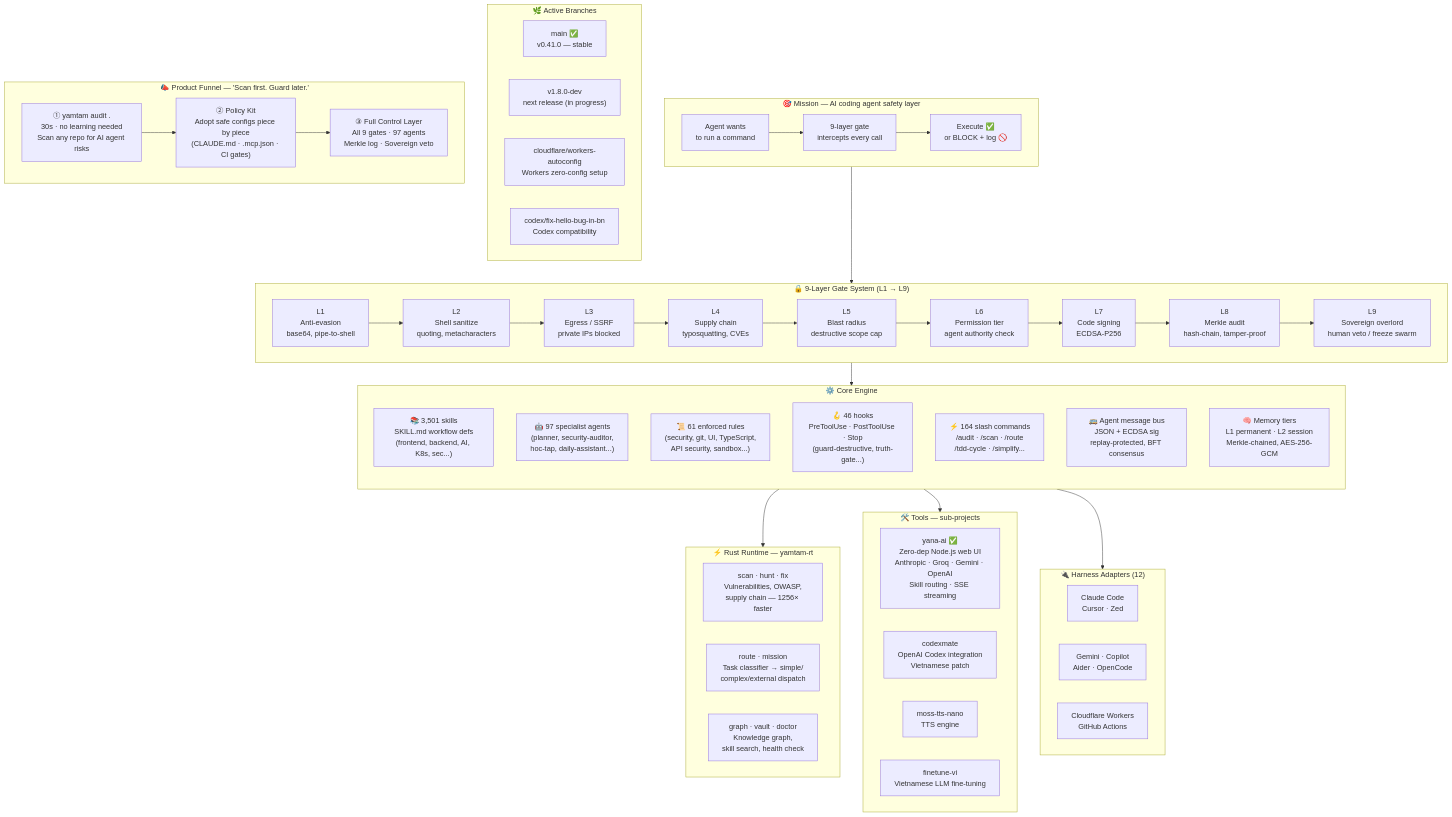
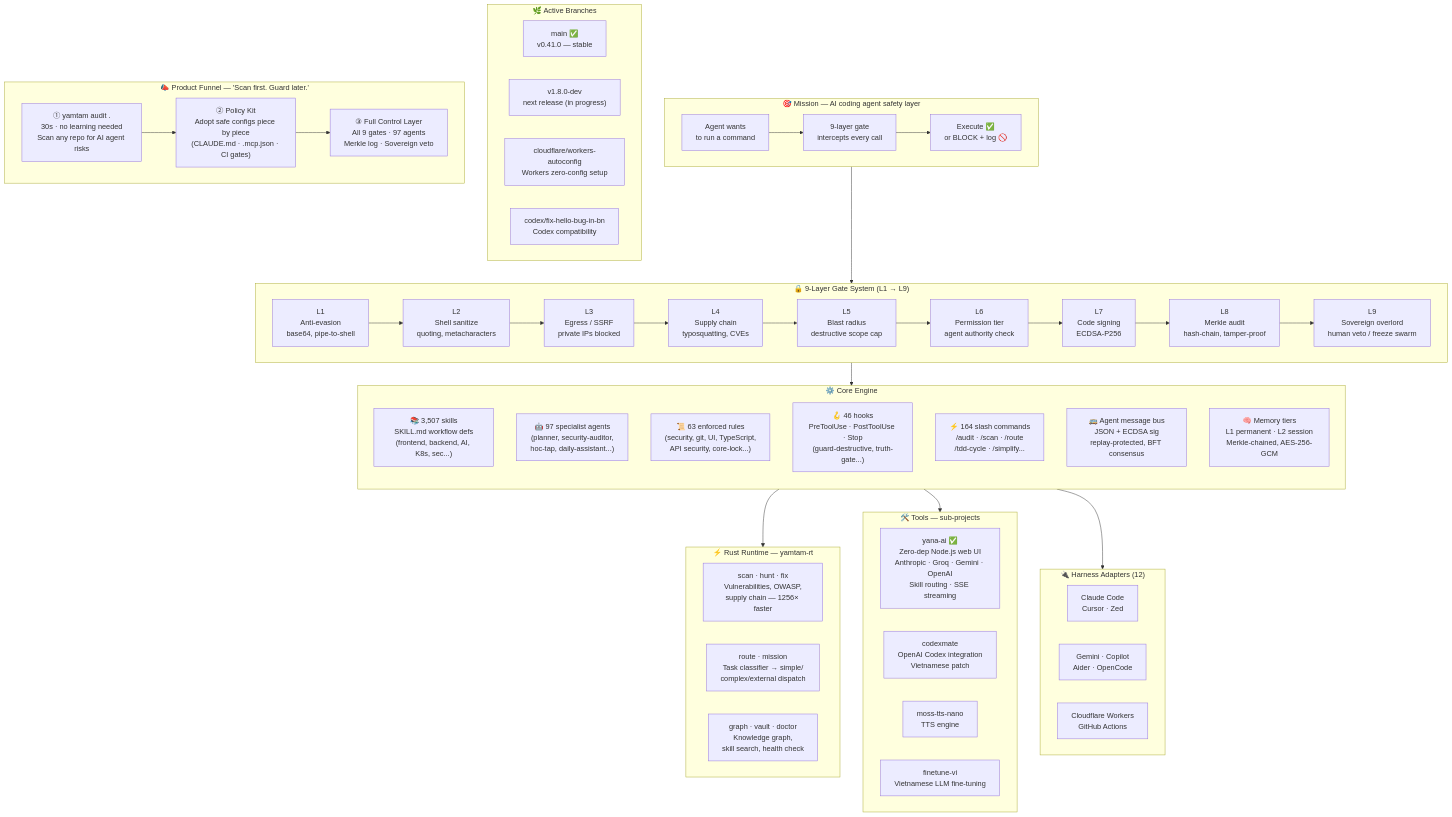
One commit to yanacuti1121/Yana-AI changed the diagram in README.md. Above: the diagram before and after it, drawn with Mermaid. The commit also changed other lines of this file and 4 other files, not shown here.

```diff
--- a/README.md
+++ b/README.md
@@ -87,9 +97,9 @@
     %% ── Core engine ──────────────────────────────────────────────────────
     subgraph CORE["⚙️ Core Engine"]
         direction TB
-        SKILLS["📚 3,501 skills\nSKILL.md workflow defs\n(frontend, backend, AI, K8s, sec...)"]
+        SKILLS["📚 3,507 skills\nSKILL.md workflow defs\n(frontend, backend, AI, K8s, sec...)"]
         AGENTS["🤖 97 specialist agents\n(planner, security-auditor,\nhoc-tap, daily-assistant...)"]
-        RULES["📜 61 enforced rules\n(security, git, UI, TypeScript,\nAPI security, sandbox...)"]
+        RULES["📜 63 enforced rules\n(security, git, UI, TypeScript,\nAPI security, core-lock...)"]
         HOOKS["🪝 46 hooks\nPreToolUse · PostToolUse · Stop\n(guard-destructive, truth-gate...)"]
         CMDS["⚡ 164 slash commands\n/audit · /scan · /route\n/tdd-cycle · /simplify..."]
         BUS["🚌 Agent message bus\nJSON + ECDSA sig\nreplay-protected, BFT consensus"]
```
